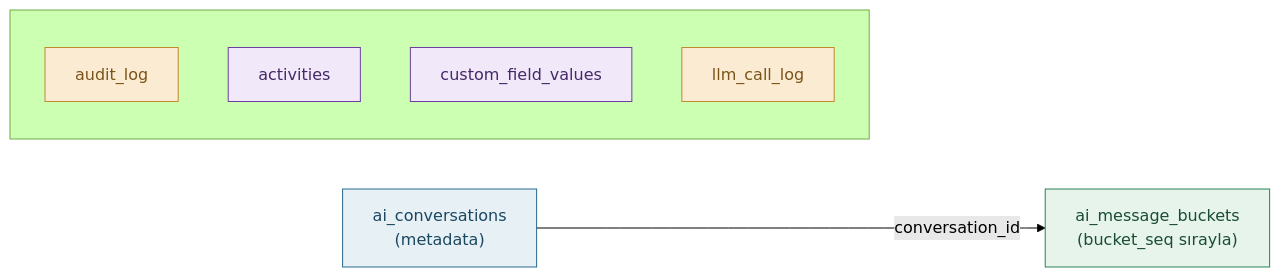
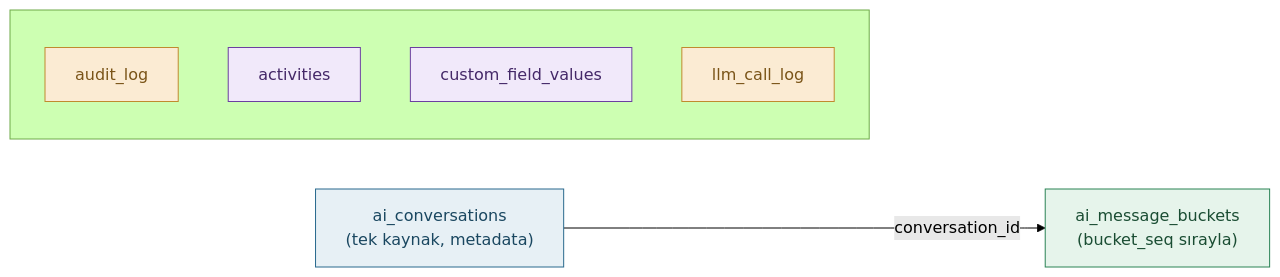
Before and after one commit to yusufkrnz/databaseschema: the third of 3 diagrams in docs/relationships.md, drawn with Mermaid (forest theme). The commit also changed other lines of this file and 19 other files, not shown here.

````diff
--- a/docs/relationships.md
+++ b/docs/relationships.md
@@ -84,17 +82,17 @@
 ```mermaid
 flowchart LR
   classDef reference fill:#E7F0F5,stroke:#28688d,color:#1a4760
   classDef embed fill:#E6F4EB,stroke:#2a8355,color:#1a4d33
   classDef append fill:#FBEBD3,stroke:#c08a2e,color:#7a5418
   classDef coexist fill:#F1E9FA,stroke:#6b3fa0,color:#442868
 
-  AC["ai_conversations\n(metadata)"]:::reference -- "conversation_id" --> AMB["ai_message_buckets\n(bucket_seq sırayla)"]:::embed
+  AC["ai_conversations\n(tek kaynak, metadata)"]:::reference -- "conversation_id" --> AMB["ai_message_buckets\n(bucket_seq sırayla)"]:::embed
 
   subgraph independent[" "]
     direction TB
     AL["audit_log"]:::append
     ACT["activities"]:::coexist
     CFV["custom_field_values"]:::coexist
     LCL["llm_call_log"]:::append
   end
 ```
````
